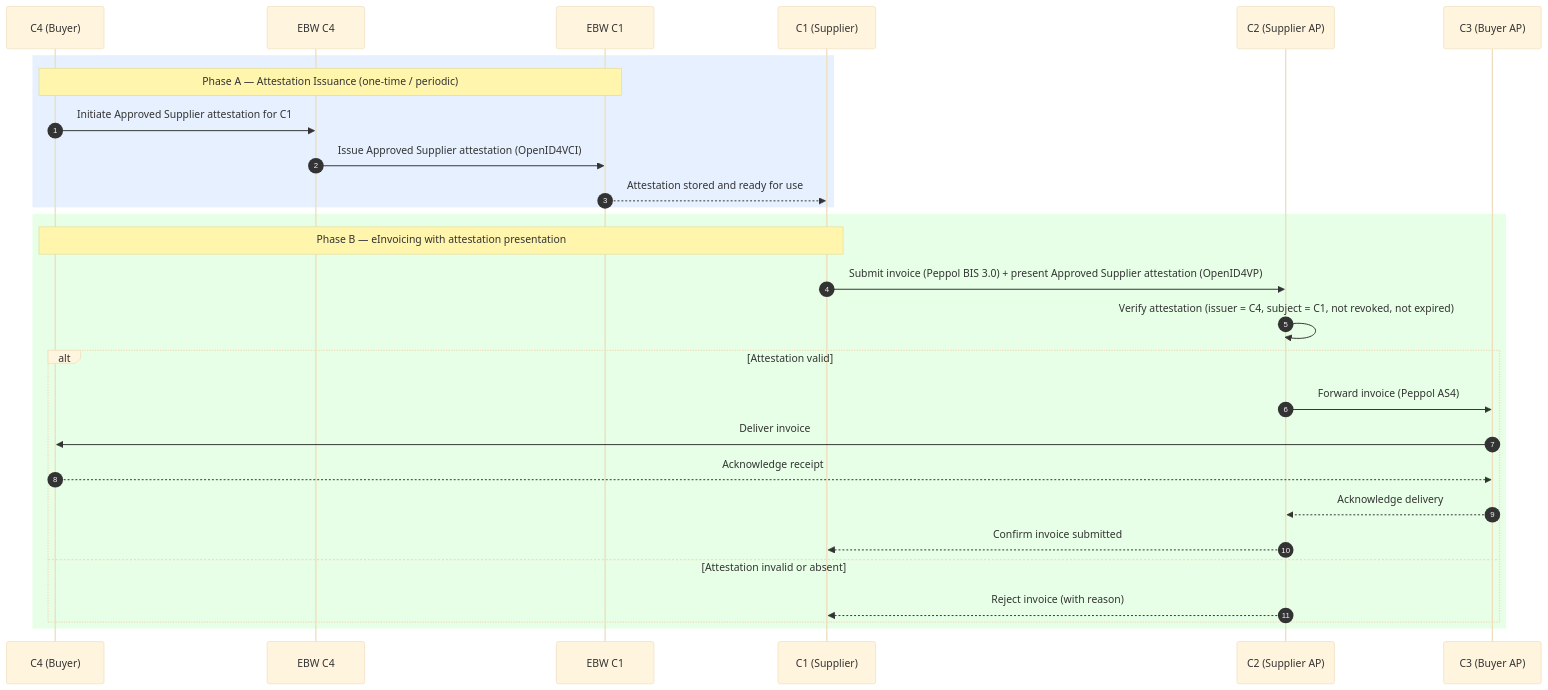
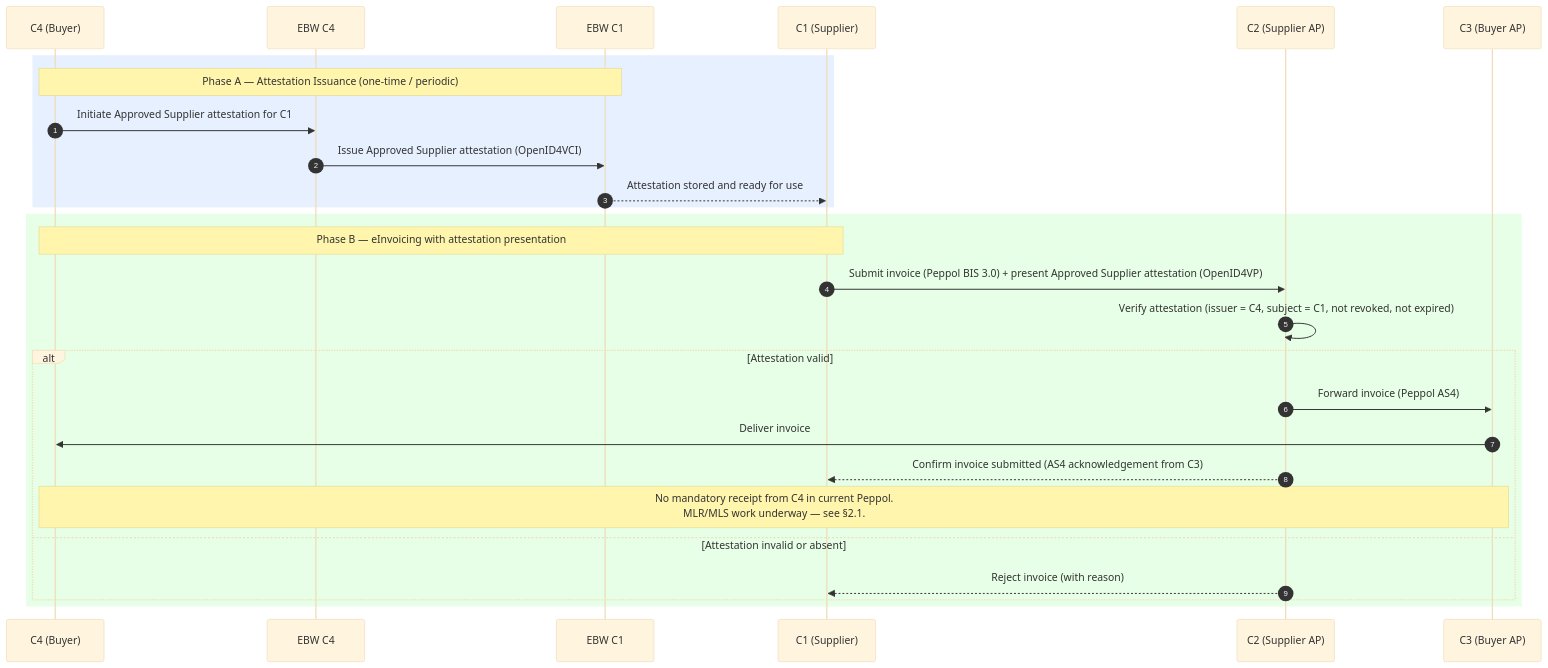
Before and after one commit to webuild-consortium/SC5: the second of 5 diagrams in Scenario/Description.md, drawn with Mermaid (base theme). The commit also changed other lines of this file, not shown here.

````diff
--- a/Scenario/Description.md
+++ b/Scenario/Description.md
@@ -180,32 +182,31 @@
 ```mermaid
 sequenceDiagram
     autonumber
     participant C4 as C4 (Buyer)
     participant EBW_C4 as EBW C4
     participant EBW_C1 as EBW C1
     participant C1 as C1 (Supplier)
     participant C2 as C2 (Supplier AP)
     participant C3 as C3 (Buyer AP)
 
     rect rgb(230, 240, 255)
         Note over C4, EBW_C1: Phase A — Attestation Issuance (one-time / periodic)
         C4 ->> EBW_C4: Initiate Approved Supplier attestation for C1
         EBW_C4 ->> EBW_C1: Issue Approved Supplier attestation (OpenID4VCI)
         EBW_C1 -->> C1: Attestation stored and ready for use
     end
 
     rect rgb(230, 255, 230)
         Note over C1, C4: Phase B — eInvoicing with attestation presentation
         C1 ->> C2: Submit invoice (Peppol BIS 3.0) + present Approved Supplier attestation (OpenID4VP)
         C2 ->> C2: Verify attestation (issuer = C4, subject = C1, not revoked, not expired)
         alt Attestation valid
             C2 ->> C3: Forward invoice (Peppol AS4)
             C3 ->> C4: Deliver invoice
-            C4 -->> C3: Acknowledge receipt
-            C3 -->> C2: Acknowledge delivery
-            C2 -->> C1: Confirm invoice submitted
+            C2 -->> C1: Confirm invoice submitted (AS4 acknowledgement from C3)
+            Note over C3, C4: No mandatory receipt from C4 in current Peppol.<br/>MLR/MLS work underway — see §2.1.
         else Attestation invalid or absent
             C2 -->> C1: Reject invoice (with reason)
         end
     end
 ```
````
